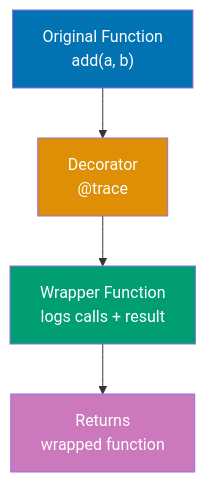
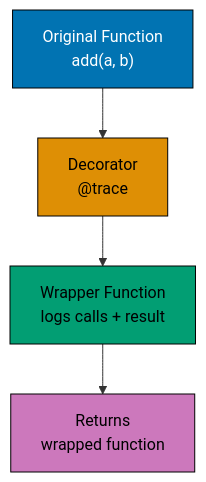
One commit to wahidyankf/ose-public changed the first of 10 diagrams in apps/ayokoding-www/content/en/learn/legacy/software-engineering/programming-languages/python/by-example/intermediate.md. Above: the diagram before and after it, drawn with Mermaid. The commit also changed other lines of this file and 112 other files, not shown here.

First line of the commit message:
fix(mermaid): bring the legacy programming-languages diagrams onto the accessible palette

````diff
--- a/apps/ayokoding-www/content/en/learn/legacy/software-engineering/programming-languages/python/by-example/intermediate.md
+++ b/apps/ayokoding-www/content/en/learn/legacy/software-engineering/programming-languages/python/by-example/intermediate.md
@@ -16,12 +16,19 @@
 ```mermaid
 %% Decorator wrapping pattern
 graph TD
+    accTitle: Example 28: Basic Decorator
+    accDescr: Graph with 4 nodes and 3 connections. Nodes: Original Function add(a, b), Decorator @trace, Wrapper Function logs calls + result, Returns wrapped function. Connections: Original Function add(a, b) to Decorator @trace, Decorator @trace to Wrapper Function logs calls + result, Wrapper Function logs calls + result to Returns wrapped function.
     A["Original Function<br/>add(a, b)"] --> B["Decorator<br/>@trace"]
     B --> C["Wrapper Function<br/>logs calls + result"]
     C --> D["Returns<br/>wrapped function"]
 
-    style A fill:#0173B2,color:#fff
-    style B fill:#DE8F05,color:#fff
-    style C fill:#029E73,color:#fff
-    style D fill:#CC78BC,color:#fff
+    classDef pal-0173B2 fill:#0173B2,stroke:#000000,color:#FFFFFF
+    class A pal-0173B2
+    classDef pal-DE8F05 fill:#DE8F05,stroke:#000000,color:#000000
+    class B pal-DE8F05
+    classDef pal-029E73 fill:#029E73,stroke:#000000,color:#000000
+    class C pal-029E73
+    classDef pal-CC78BC fill:#CC78BC,stroke:#000000,color:#000000
+    class D pal-CC78BC
+    classDef default fill:#FFFFFF,stroke:#000000,color:#000000
 ```
````
